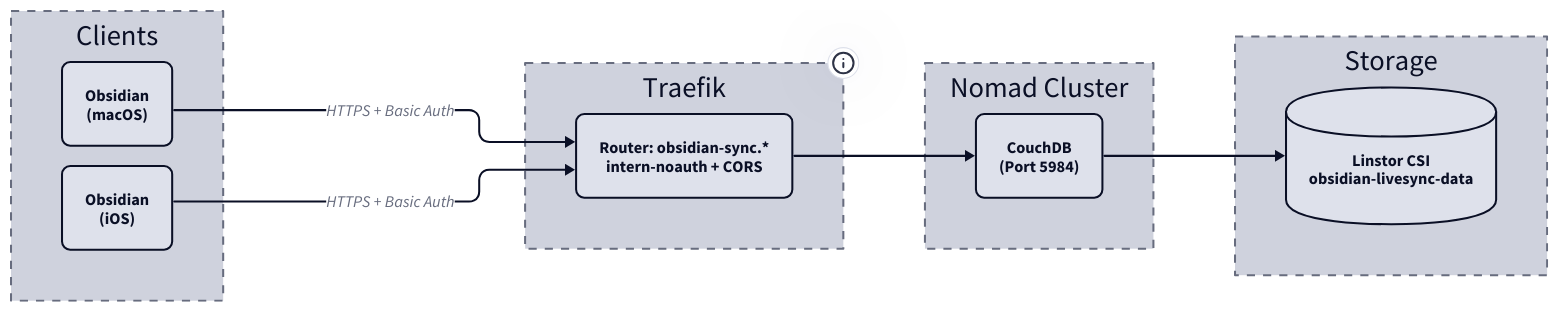
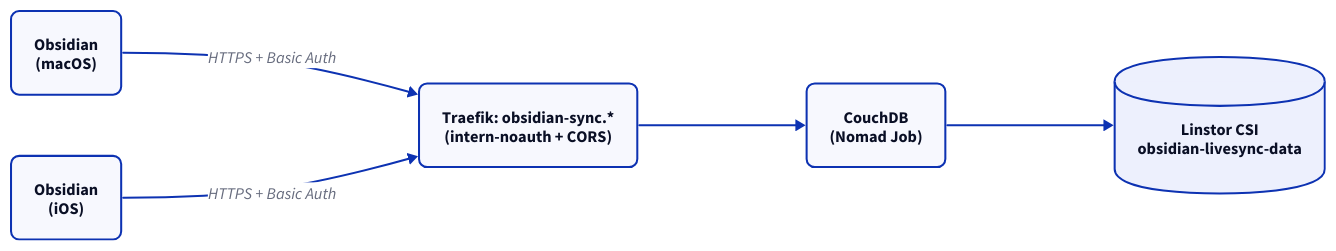
The diagram in docs/obsidian-livesync/index.md (derever-labs/homelab-wiki), drawn with D2 before and after one commit. The commit also changed 7 other files, not shown here.

First line of the commit message:
docs(smart-home): Diagramme fuer TALA ueberarbeiten (Batch B6) (#98)

````diff
--- a/docs/obsidian-livesync/index.md
+++ b/docs/obsidian-livesync/index.md
@@ -30,41 +30,22 @@
 ```d2
-vars: {
-  d2-config: {
-    theme-id: 1
-    layout-engine: elk
+direction: right
+
+classes: {
+  node: {
+    style: {
+      border-radius: 8
+    }
   }
 }
 
-classes: {
-  node: { style: { border-radius: 8 } }
-}
+Mac: "Obsidian\n(macOS)" { class: node }
+iOS: "Obsidian\n(iOS)" { class: node }
+Traefik: "Traefik: obsidian-sync.*\n(intern-noauth + CORS)" { class: node }
+CDB: "CouchDB\n(Nomad Job)" { class: node }
+Vol: "Linstor CSI\nobsidian-livesync-data" { shape: cylinder }
 
-direction: right
-
-Clients: {
-  style.stroke-dash: 4
-  MAC: "Obsidian\n(macOS)" { class: node }
-  IOS: "Obsidian\n(iOS)" { class: node }
-}
-
-Traefik: Traefik {
-  style.stroke-dash: 4
-  tooltip: 10.0.2.20
-  R1: "Router: obsidian-sync.*\nintern-noauth + CORS" { class: node }
-}
-
-Nomad: Nomad Cluster {
-  style.stroke-dash: 4
-  CDB: "CouchDB\n(Port 5984)" { class: node }
-}
-
-Storage: {
-  style.stroke-dash: 4
-  LINSTOR: "Linstor CSI\nobsidian-livesync-data" { shape: cylinder; class: node }
-}
-
-Clients.MAC -> Traefik.R1: HTTPS + Basic Auth
-Clients.IOS -> Traefik.R1: HTTPS + Basic Auth
-Traefik.R1 -> Nomad.CDB
-Nomad.CDB -> Storage.LINSTOR
+Mac -> Traefik: "HTTPS + Basic Auth"
+iOS -> Traefik: "HTTPS + Basic Auth"
+Traefik -> CDB
+CDB -> Vol
 ```
````
